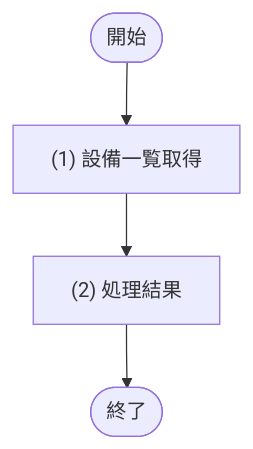
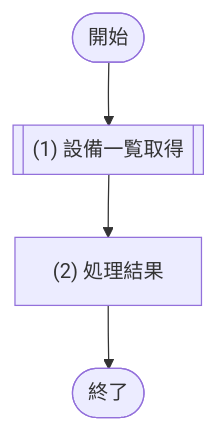
Before and after one commit to sikakou54/system-document-template: the diagram in docs/03_機能設計/03_API設計/API-009_設備一覧取得.md, drawn with Mermaid. The commit also changed 28 other files, not shown here.

````diff
--- a/docs/03_機能設計/03_API設計/API-009_設備一覧取得.md
+++ b/docs/03_機能設計/03_API設計/API-009_設備一覧取得.md
@@ -38,9 +38,9 @@
 ```mermaid
 flowchart TD
   Start([開始])
-  P1["(1) 設備一覧取得"]
+  P1[["(1) 設備一覧取得"]]
   P2["(2) 処理結果"]
   End([終了])
 
   Start --> P1 --> P2 --> End
 ```
````
